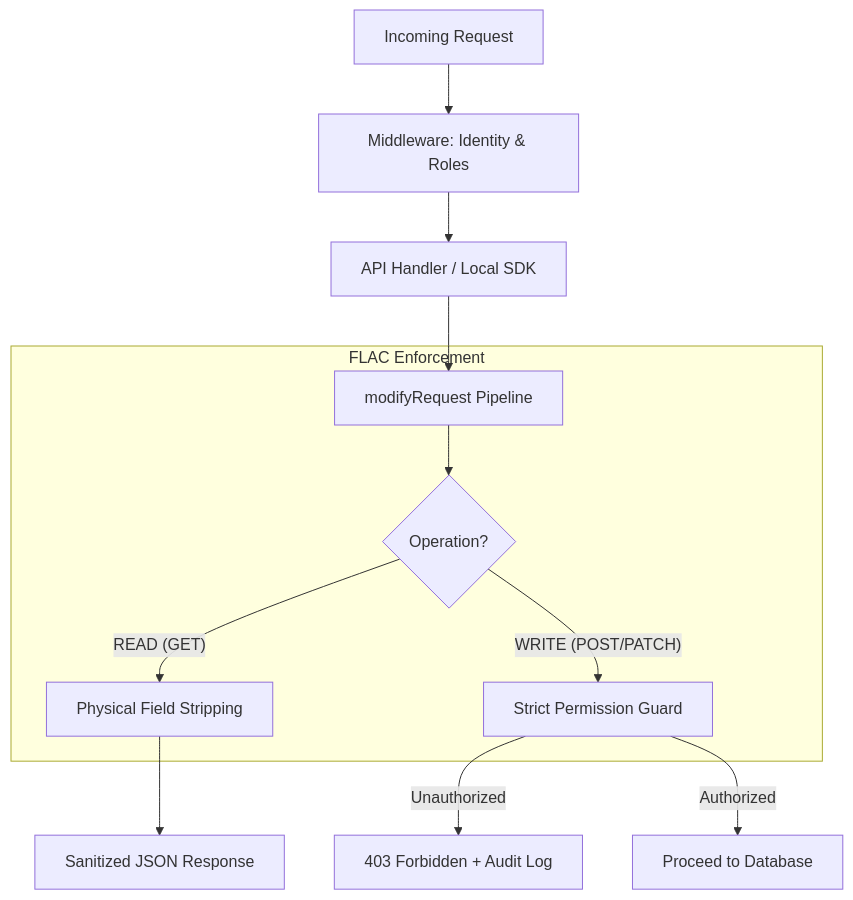
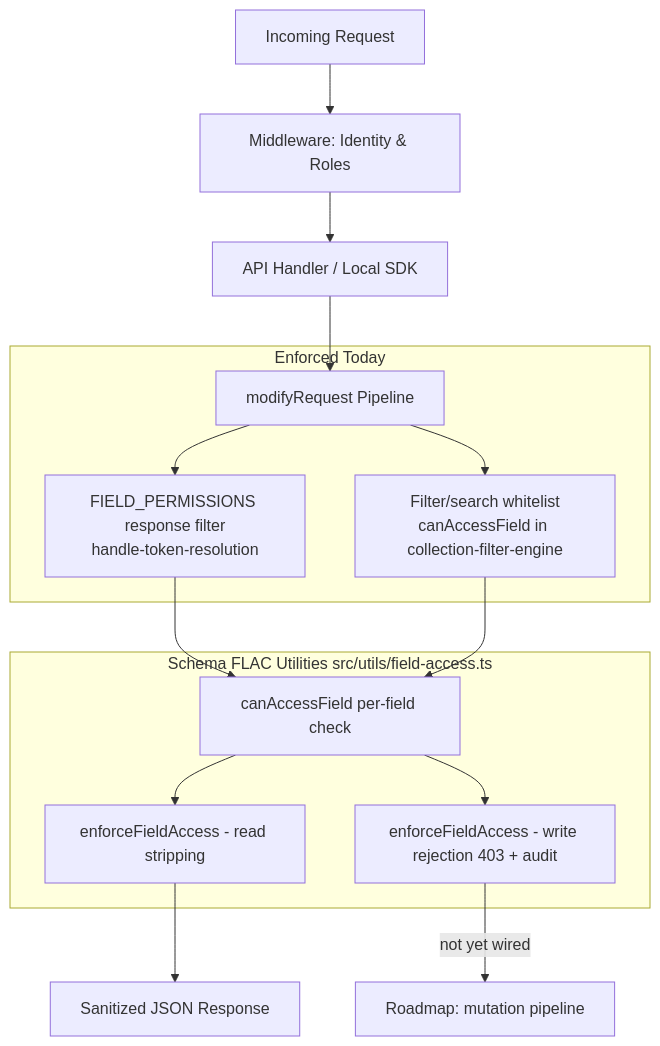
One commit to SveltyCMS/SveltyCMS changed the diagram in docs/reference/security/field-level-access-control.mdx. Above: the diagram before and after it, drawn with Mermaid. The commit also changed other lines of this file and 100 other files, not shown here.

````diff
--- a/docs/reference/security/field-level-access-control.mdx
+++ b/docs/reference/security/field-level-access-control.mdx
@@ -27,16 +45,21 @@
 ```mermaid
 graph TD
     A[Incoming Request] --> B[Middleware: Identity & Roles]
     B --> C[API Handler / Local SDK]
     C --> D[modifyRequest Pipeline]
 
-    subgraph FLAC Enforcement
-        D --> E{Operation?}
-        E -- "READ (GET)" --> F[Physical Field Stripping]
-        E -- "WRITE (POST/PATCH)" --> G[Strict Permission Guard]
+    subgraph Enforced Today
+        D --> F[FIELD_PERMISSIONS response filter<br/>handle-token-resolution]
+        D --> E[Filter/search whitelist<br/>canAccessField in collection-filter-engine]
     end
 
-    F --> H[Sanitized JSON Response]
-    G -- "Unauthorized" --> I[403 Forbidden + Audit Log]
-    G -- "Authorized" --> J[Proceed to Database]
+    subgraph Schema FLAC Utilities src/utils/field-access.ts
+        F --> G[canAccessField per-field check]
+        E --> G
+        G --> H[enforceFieldAccess - read stripping]
+        G --> I[enforceFieldAccess - write rejection 403 + audit]
+    end
+
+    H --> J[Sanitized JSON Response]
+    I -- "not yet wired" --> K[Roadmap: mutation pipeline]
 ```
````
